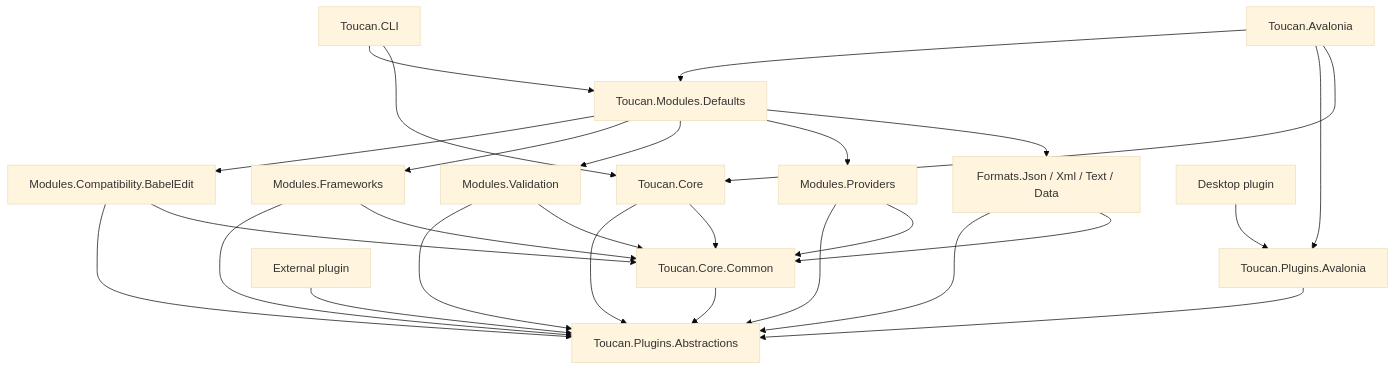
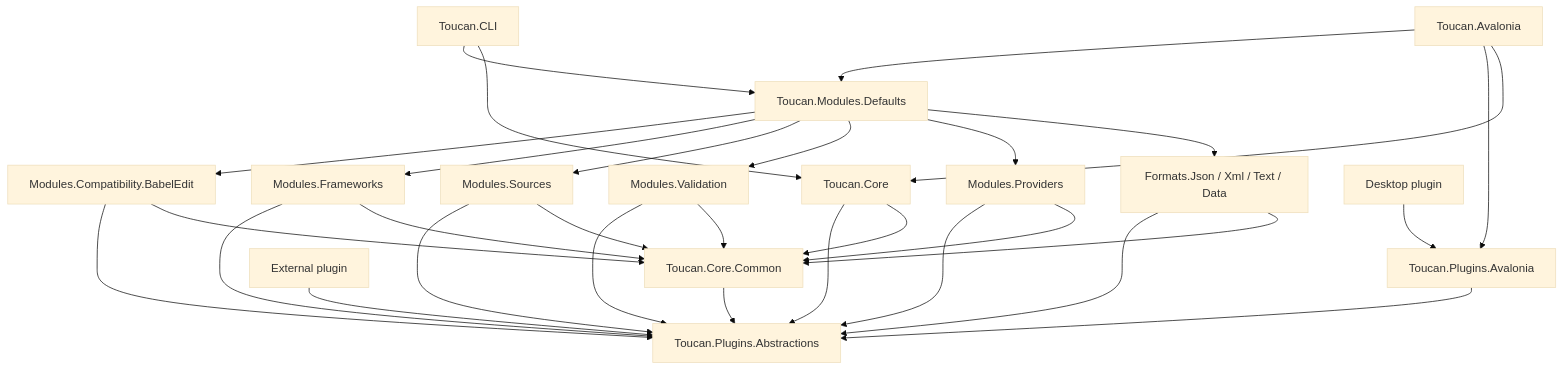
One commit to rasyidf/Toucan changed the first of 7 diagrams in docs/ARCHITECTURE.md. Above: the diagram before and after it, drawn with Mermaid (base theme). The commit also changed 20 other files, not shown here.

````diff
--- a/docs/ARCHITECTURE.md
+++ b/docs/ARCHITECTURE.md
@@ -18,29 +18,32 @@
 ```mermaid
 flowchart TD
     Desktop["Toucan.Avalonia"] --> Core["Toucan.Core"]
     Desktop --> DesktopContracts["Toucan.Plugins.Avalonia"]
     CLI["Toucan.CLI"] --> Core
     Desktop --> Defaults["Toucan.Modules.Defaults"]
     CLI --> Defaults
     Defaults --> Formats["Formats.Json / Xml / Text / Data"]
     Defaults --> Providers["Modules.Providers"]
     Defaults --> Validation["Modules.Validation"]
+    Defaults --> Sources["Modules.Sources"]
     Defaults --> Frameworks["Modules.Frameworks"]
     Defaults --> Compatibility["Modules.Compatibility.BabelEdit"]
     Core --> Common["Toucan.Core.Common"]
     Core --> Contracts["Toucan.Plugins.Abstractions"]
     DesktopContracts --> Contracts
     Formats --> Common
     Providers --> Common
     Validation --> Common
+    Sources --> Common
     Frameworks --> Common
     Compatibility --> Common
     Formats --> Contracts
     Providers --> Contracts
     Validation --> Contracts
+    Sources --> Contracts
     Frameworks --> Contracts
     Compatibility --> Contracts
     Common --> Contracts
     Plugin["External plugin"] --> Contracts
     DesktopPlugin["Desktop plugin"] --> DesktopContracts
 ```
````
